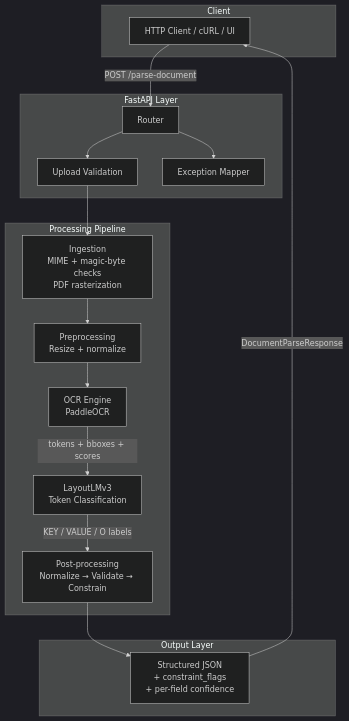
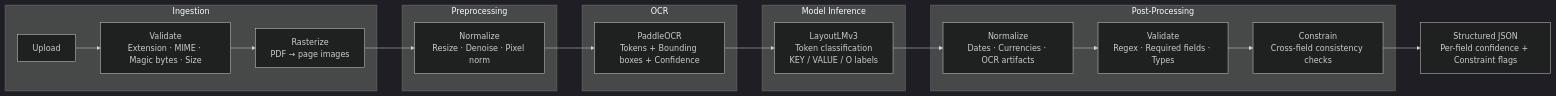
One commit to purvanshh/DRISE-experiments changed the first of 2 diagrams in README.md. Above: the diagram before and after it, drawn with Mermaid (dark theme). The commit also changed other lines of this file and 1 other file, not shown here.

Commit message:
docs: rename project to DRISE and update README with architecture diagrams and feature tables

````diff
--- a/README.md
+++ b/README.md
@@ -37,36 +75,27 @@
 ```mermaid
-graph TD
-    subgraph Frontend [Client]
-        CL[HTTP Client / cURL / UI]
+graph LR
+    subgraph Ingestion
+        A[Upload] --> B[Validate<br/>Extension · MIME · Magic bytes · Size]
+        B --> C[Rasterize<br/>PDF → page images]
     end
 
-    subgraph API [FastAPI Layer]
-        UP[Upload Validation]
-        RT[Router]
-        EH[Exception Mapper]
+    subgraph Preprocessing
+        C --> D[Normalize<br/>Resize · Denoise · Pixel norm]
     end
 
-    subgraph Pipeline [Processing Pipeline]
-        IN[Ingestion\nMIME + magic-byte checks\nPDF rasterization]
-        PP[Preprocessing\nResize + normalize]
-        OC[OCR Engine\nPaddleOCR]
-        ML[LayoutLMv3\nToken Classification]
-        PS[Post-processing\nNormalize → Validate → Constrain]
+    subgraph OCR
+        D --> E[PaddleOCR<br/>Tokens + Bounding boxes + Confidence]
     end
 
-    subgraph Output [Output Layer]
-        JS[Structured JSON\n+ constraint_flags\n+ per-field confidence]
+    subgraph "Model Inference"
+        E --> F[LayoutLMv3<br/>Token classification<br/>KEY / VALUE / O labels]
     end
 
-    CL -->|POST /parse-document| RT
-    RT --> UP
-    UP --> IN
-    IN --> PP
-    PP --> OC
-    OC -->|tokens + bboxes + scores| ML
-    ML -->|KEY / VALUE / O labels| PS
-    PS --> JS
-    JS -->|DocumentParseResponse| CL
+    subgraph "Post-Processing"
+        F --> G[Normalize<br/>Dates · Currencies · OCR artifacts]
+        G --> H[Validate<br/>Regex · Required fields · Types]
+        H --> I[Constrain<br/>Cross-field consistency checks]
+    end
 
-    RT --> EH
+    I --> J[Structured JSON<br/>Per-field confidence + Constraint flags]
 ```
````
